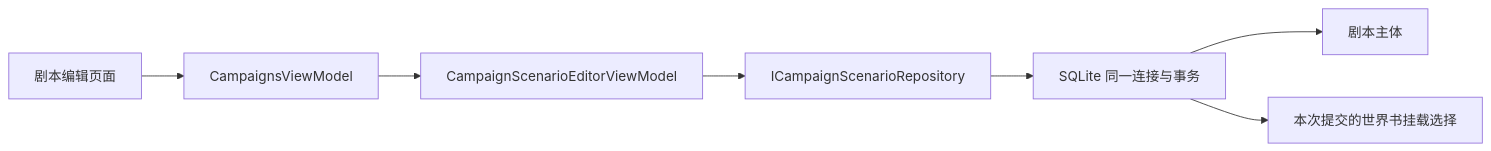
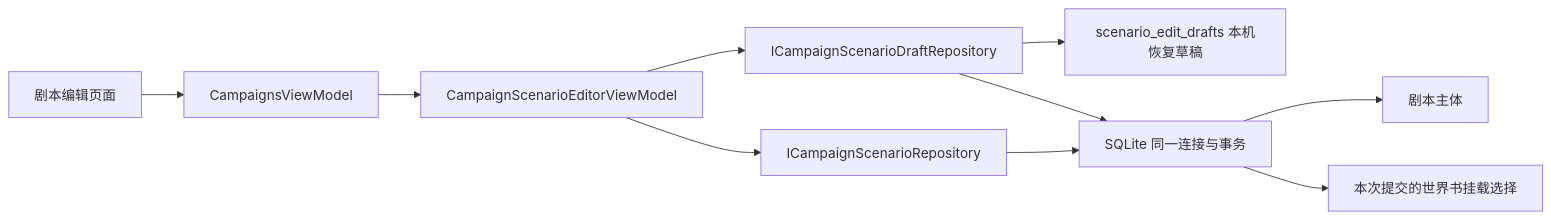
The fifth of 5 diagrams in docs/architecture.md (linnnn89/New-tavern), drawn with Mermaid before and after one commit. The commit also changed other lines of this file and 26 other files, not shown here.

Commit message:
Preserve scenario drafts and confirm scale changes safely

````diff
--- a/docs/architecture.md
+++ b/docs/architecture.md
@@ -238,9 +238,12 @@
 ```mermaid
 flowchart LR
     View[剧本编辑页面] --> Parent[CampaignsViewModel]
     Parent --> Editor[CampaignScenarioEditorViewModel]
     Editor --> Port[ICampaignScenarioRepository]
+    Editor --> Recovery[ICampaignScenarioDraftRepository]
+    Recovery --> DraftTable[scenario_edit_drafts 本机恢复草稿]
+    Recovery --> Transaction
     Port --> Transaction[SQLite 同一连接与事务]
     Transaction --> Body[剧本主体]
     Transaction --> Mounts[本次提交的世界书挂载选择]
 ```
````
